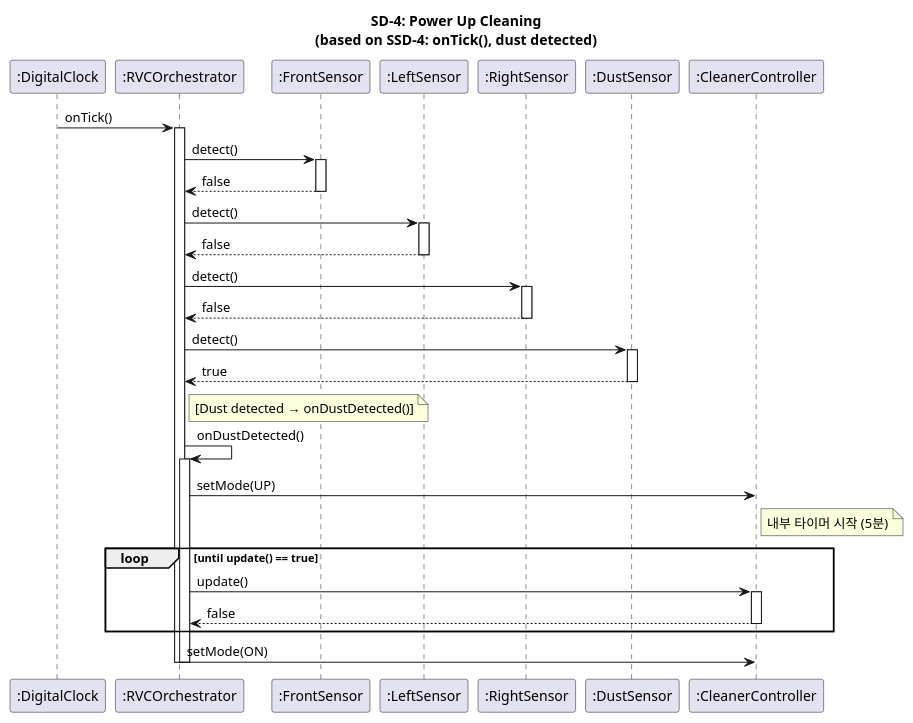
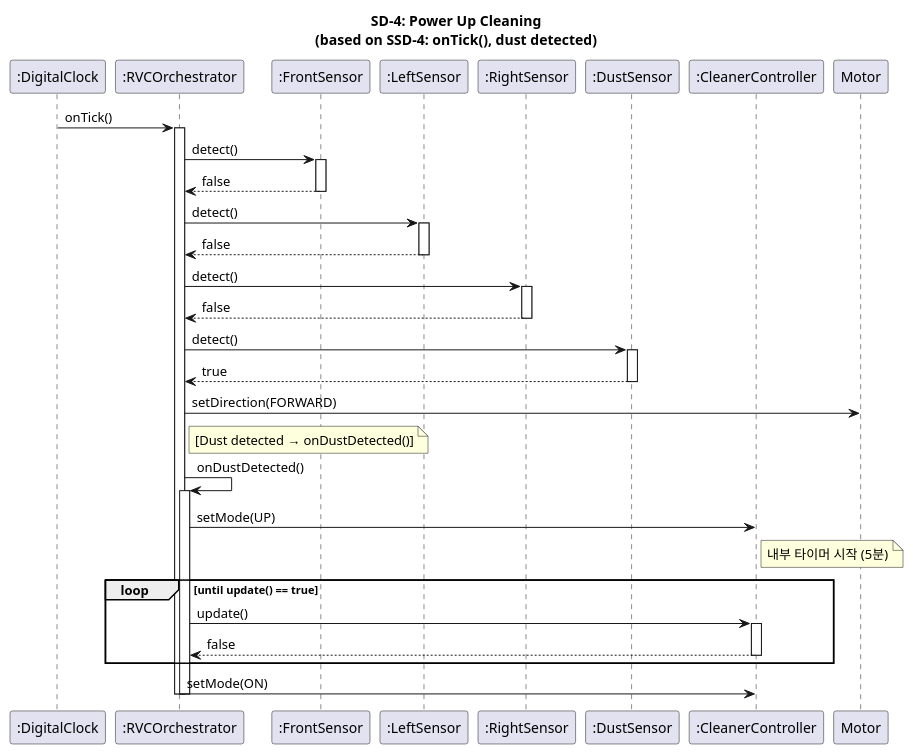
One commit to OOP-konkuk/CICD-Team7 changed the fourth of 4 diagrams in docs/vibe-coding/03-ood/sequence-diagrams.mdx. Above: the diagram before and after it, drawn with PlantUML. The commit also changed other lines of this file and 2 other files, not shown here.

````diff
--- a/docs/vibe-coding/03-ood/sequence-diagrams.mdx
+++ b/docs/vibe-coding/03-ood/sequence-diagrams.mdx
@@ -172,48 +172,49 @@
 ```plantuml
 @startuml SD4_PowerUpCleaning
 title SD-4: Power Up Cleaning\n(based on SSD-4: onTick(), dust detected)
 
 participant ":DigitalClock" as Clock
 participant ":RVCOrchestrator" as Orch
 participant ":FrontSensor" as FS
 participant ":LeftSensor" as LS
 participant ":RightSensor" as RS
 participant ":DustSensor" as DS
 participant ":CleanerController" as Cleaner
 
 Clock -> Orch : onTick()
 activate Orch
 Orch -> FS : detect()
 activate FS
 FS --> Orch : false
 deactivate FS
 Orch -> LS : detect()
 activate LS
 LS --> Orch : false
 deactivate LS
 Orch -> RS : detect()
 activate RS
 RS --> Orch : false
 deactivate RS
 Orch -> DS : detect()
 activate DS
 DS --> Orch : true
 deactivate DS
+Orch -> Motor : setDirection(FORWARD)
 note right of Orch : [Dust detected → onDustDetected()]
 Orch -> Orch : onDustDetected()
 activate Orch
 Orch -> Cleaner : setMode(UP)
 note right of Cleaner : 내부 타이머 시작 (5분)
 
 loop until update() == true
   Orch -> Cleaner : update()
   activate Cleaner
   Cleaner --> Orch : false
   deactivate Cleaner
 end
 
 Orch -> Cleaner : setMode(ON)
 deactivate Orch
 deactivate Orch
 @enduml
 ```
````
